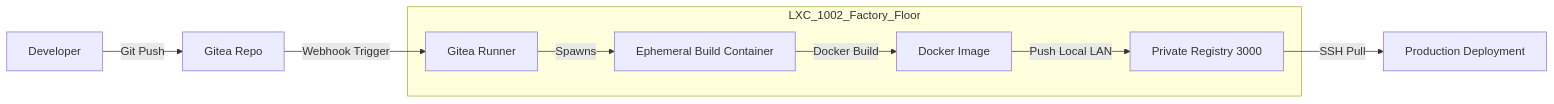
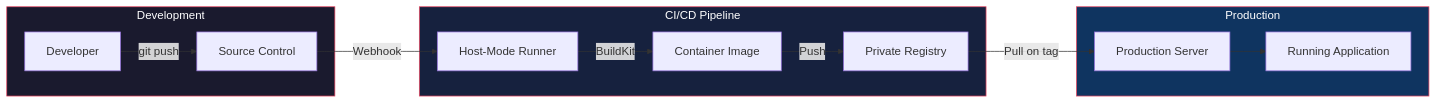
The first of 3 diagrams in README.md (lenn84/redcup-git-ops-factory), drawn with Mermaid before and after one commit. The commit also changed other lines of this file, not shown here.

Commit message:
Revamp README with two-stage pipeline, Mermaid diagrams, and troubleshooting

````diff
--- a/README.md
+++ b/README.md
@@ -14,16 +24,21 @@
 ```mermaid
 graph LR
-
-    Dev[Developer] -->|Git Push| Gitea[Gitea Repo]
-
-    Gitea -->|Webhook Trigger| Runner[Gitea Runner]
-
-    subgraph LXC_1002_Factory_Floor
-        Runner -->|Spawns| BuildContainer[Ephemeral Build Container]
-        BuildContainer -->|Docker Build| Artifact[Docker Image]
-        Artifact -->|Push Local LAN| Registry[Private Registry 3000]
+    subgraph Development
+        Dev[Developer] -->|git push| Gitea[Source Control]
     end
 
-    Registry -->|SSH Pull| Production[Production Deployment]
+    subgraph Pipeline["CI/CD Pipeline"]
+        Gitea -->|Webhook| Runner[Host-Mode Runner]
+        Runner -->|BuildKit| Image[Container Image]
+        Image -->|Push| Registry[Private Registry]
+    end
 
+    subgraph Production
+        Registry -->|Pull on tag| Deploy[Production Server]
+        Deploy --> App[Running Application]
+    end
+
+    style Development fill:#1a1a2e,stroke:#e94560,color:#fff
+    style Pipeline fill:#16213e,stroke:#e94560,color:#fff
+    style Production fill:#0f3460,stroke:#e94560,color:#fff
 ```
````
